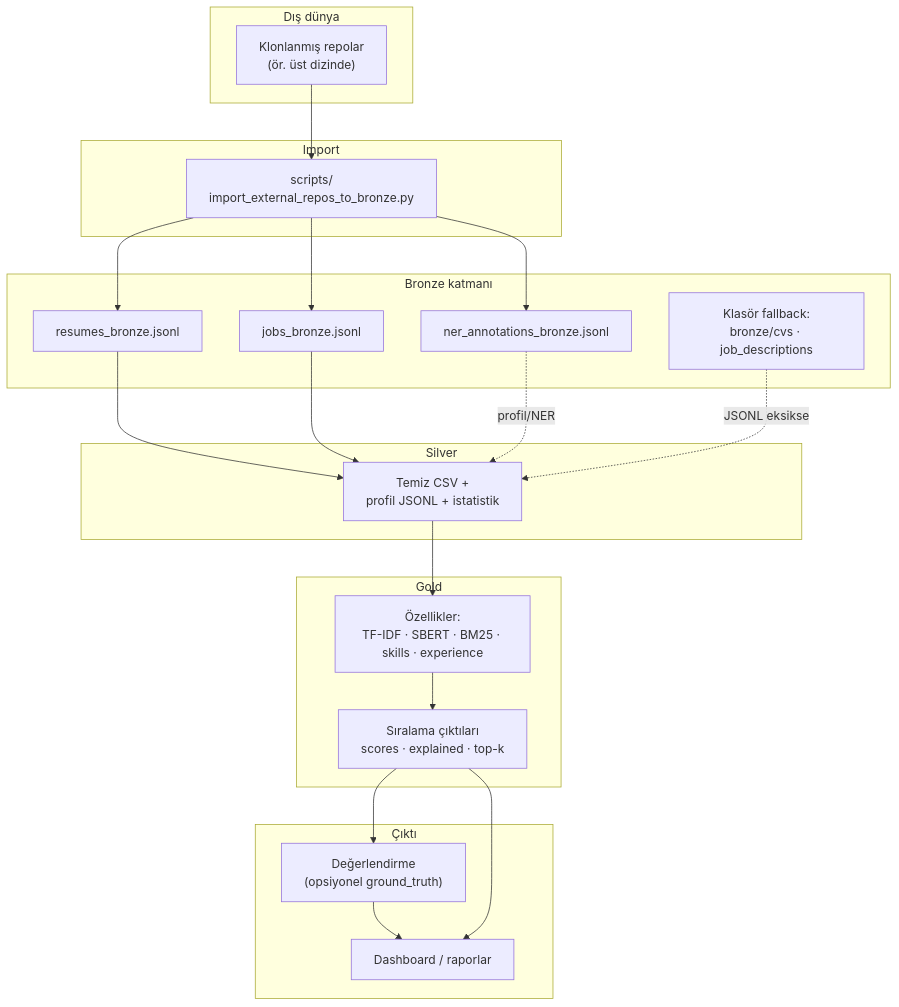
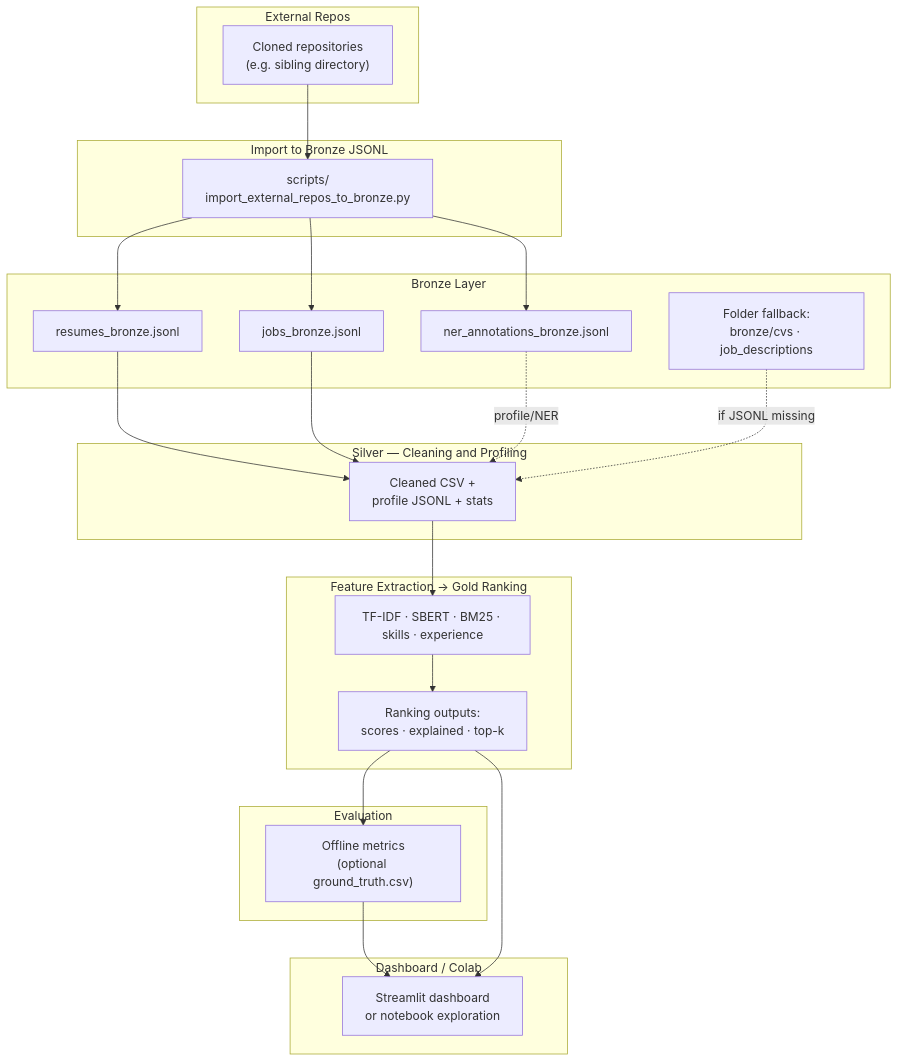
Before and after one commit to alihanbb/cv-matching-data-mining: the diagram in docs/PIPELINE_DIAGRAM.md, drawn with Mermaid. The commit also changed other lines of this file and 7 other files, not shown here.

First line of the commit message:
chore: refresh docs, gitignore, and sample outputs; drop tracked unified_resumes.jsonl

````diff
--- a/docs/PIPELINE_DIAGRAM.md
+++ b/docs/PIPELINE_DIAGRAM.md
@@ -7,42 +7,45 @@
 ```mermaid
 flowchart TB
-    subgraph ext["Dış dünya"]
-        XR["Klonlanmış repolar<br/>(ör. üst dizinde)"]
+    subgraph ext["External Repos"]
+        XR["Cloned repositories<br/>(e.g. sibling directory)"]
     end
 
-    subgraph bronze["Bronze katmanı"]
+    subgraph imp["Import to Bronze JSONL"]
+        SCR["scripts/<br/>import_external_repos_to_bronze.py"]
+    end
+
+    subgraph bronze["Bronze Layer"]
         BJ["resumes_bronze.jsonl"]
         JJ["jobs_bronze.jsonl"]
         NA["ner_annotations_bronze.jsonl"]
-        FB["Klasör fallback:<br/>bronze/cvs · job_descriptions"]
+        FB["Folder fallback:<br/>bronze/cvs · job_descriptions"]
     end
 
-    subgraph imp["Import"]
-        SCR["scripts/<br/>import_external_repos_to_bronze.py"]
+    subgraph silver["Silver — Cleaning and Profiling"]
+        SV["Cleaned CSV +<br/>profile JSONL + stats"]
     end
 
-    subgraph silver["Silver"]
-        SV["Temiz CSV +<br/>profil JSONL + istatistik"]
+    subgraph gold["Feature Extraction → Gold Ranking"]
+        FE["TF-IDF · SBERT · BM25 · skills · experience"]
+        RK["Ranking outputs:<br/>scores · explained · top-k"]
     end
 
-    subgraph gold["Gold"]
-        FE["Özellikler:<br/>TF-IDF · SBERT · BM25 · skills · experience"]
-        RK["Sıralama çıktıları<br/>scores · explained · top-k"]
+    subgraph eval["Evaluation"]
+        EV["Offline metrics<br/>(optional ground_truth.csv)"]
     end
 
-    subgraph out["Çıktı"]
-        EV["Değerlendirme<br/>(opsiyonel ground_truth)"]
-        UI["Dashboard / raporlar"]
+    subgraph out["Dashboard / Colab"]
+        UI["Streamlit dashboard<br/>or notebook exploration"]
     end
 
     XR --> SCR
     SCR --> BJ
     SCR --> JJ
     SCR --> NA
     BJ --> SV
     JJ --> SV
-    NA -.->|profil/NER| SV
-    FB -.->|JSONL eksikse| SV
+    NA -.->|profile/NER| SV
+    FB -.->|if JSONL missing| SV
     SV --> FE --> RK --> EV --> UI
     RK --> UI
 ```
````
